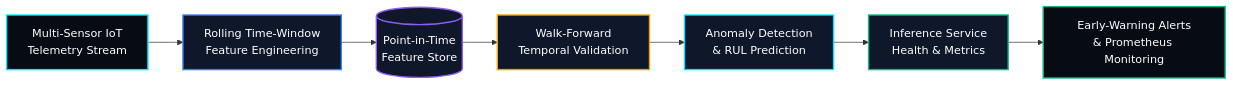
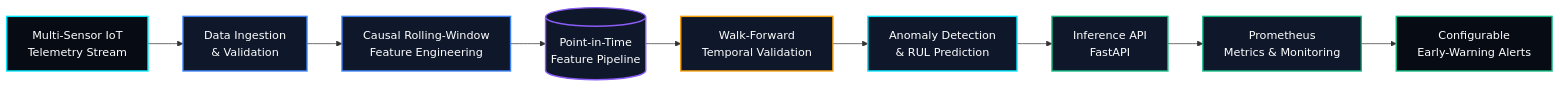
Before and after one commit to Aditya70-creator/PredictiveOps: the diagram in README.md, drawn with Mermaid. The commit also changed other lines of this file, not shown here.

````diff
--- a/README.md
+++ b/README.md
@@ -13,17 +45,31 @@
-```mermaid id="p9s3lx"
+```mermaid
 flowchart LR
-    Sensor["Multi-Sensor IoT<br/>Telemetry Stream"] --> Win["Rolling Time-Window<br/>Feature Engineering"]
-    Win --> FS[("Point-in-Time<br/>Feature Store")]
-    FS --> Split["Walk-Forward<br/>Temporal Validation"]
-    Split --> Model["Anomaly Detection<br/>& RUL Prediction"]
-    Model --> Serve["Inference Service<br/>Health & Metrics"]
-    Serve --> Alert["Early-Warning Alerts<br/>& Prometheus Monitoring"]
+    Sensor["Multi-Sensor IoT<br/>Telemetry Stream"]
+    Ingest["Data Ingestion<br/>& Validation"]
+    Features["Causal Rolling-Window<br/>Feature Engineering"]
+    Store[("Point-in-Time<br/>Feature Pipeline")]
+    Validation["Walk-Forward<br/>Temporal Validation"]
+    Models["Anomaly Detection<br/>& RUL Prediction"]
+    API["Inference API<br/>FastAPI"]
+    Monitor["Prometheus<br/>Metrics & Monitoring"]
+    Alerts["Configurable<br/>Early-Warning Alerts"]
+
+    Sensor --> Ingest
+    Ingest --> Features
+    Features --> Store
+    Store --> Validation
+    Validation --> Models
+    Models --> API
+    API --> Monitor
+    Monitor --> Alerts
 
     style Sensor fill:#070b14,stroke:#00E7FF,stroke-width:2px,color:#ffffff
-    style Win fill:#0f172a,stroke:#3B82F6,stroke-width:2px,color:#ffffff
-    style FS fill:#0f172a,stroke:#8B5CF6,stroke-width:2px,color:#ffffff
-    style Split fill:#0f172a,stroke:#f59e0b,stroke-width:2px,color:#ffffff
-    style Model fill:#0f172a,stroke:#00E7FF,stroke-width:2px,color:#ffffff
-    style Serve fill:#0f172a,stroke:#10B981,stroke-width:2px,color:#ffffff
-    style Alert fill:#070b14,stroke:#10B981,stroke-width:2px,color:#ffffff
+    style Ingest fill:#0f172a,stroke:#3B82F6,stroke-width:2px,color:#ffffff
+    style Features fill:#0f172a,stroke:#3B82F6,stroke-width:2px,color:#ffffff
+    style Store fill:#0f172a,stroke:#8B5CF6,stroke-width:2px,color:#ffffff
+    style Validation fill:#0f172a,stroke:#F59E0B,stroke-width:2px,color:#ffffff
+    style Models fill:#0f172a,stroke:#00E7FF,stroke-width:2px,color:#ffffff
+    style API fill:#0f172a,stroke:#10B981,stroke-width:2px,color:#ffffff
+    style Monitor fill:#0f172a,stroke:#10B981,stroke-width:2px,color:#ffffff
+    style Alerts fill:#070b14,stroke:#10B981,stroke-width:2px,color:#ffffff
 ```
````
